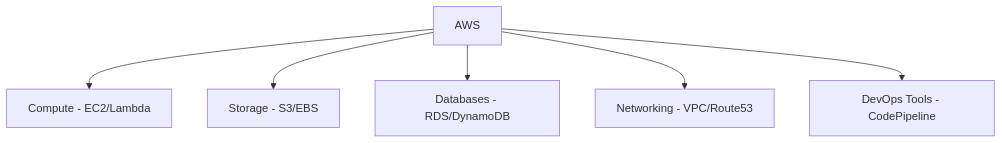
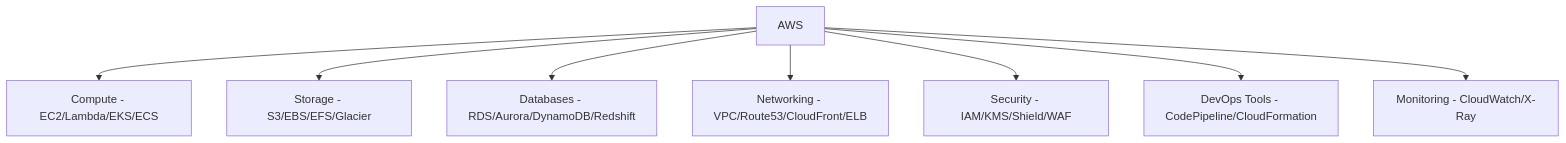
One commit to vaibhavk2000/My-Cloud-Devops-Notes changed the third of 5 diagrams in README.md. Above: the diagram before and after it, drawn with Mermaid. The commit also changed other lines of this file, not shown here.

````diff
--- a/README.md
+++ b/README.md
@@ -38,8 +41,10 @@
 ```mermaid
 graph TD
-    A[AWS] --> B[Compute - EC2/Lambda]
-    A --> C[Storage - S3/EBS]
-    A --> D[Databases - RDS/DynamoDB]
-    A --> E[Networking - VPC/Route53]
-    A --> F[DevOps Tools - CodePipeline]
+    A[AWS] --> B[Compute - EC2/Lambda/EKS/ECS]
+    A --> C[Storage - S3/EBS/EFS/Glacier]
+    A --> D[Databases - RDS/Aurora/DynamoDB/Redshift]
+    A --> E[Networking - VPC/Route53/CloudFront/ELB]
+    A --> F[Security - IAM/KMS/Shield/WAF]
+    A --> G[DevOps Tools - CodePipeline/CloudFormation]
+    A --> H[Monitoring - CloudWatch/X-Ray]
 ```
````
